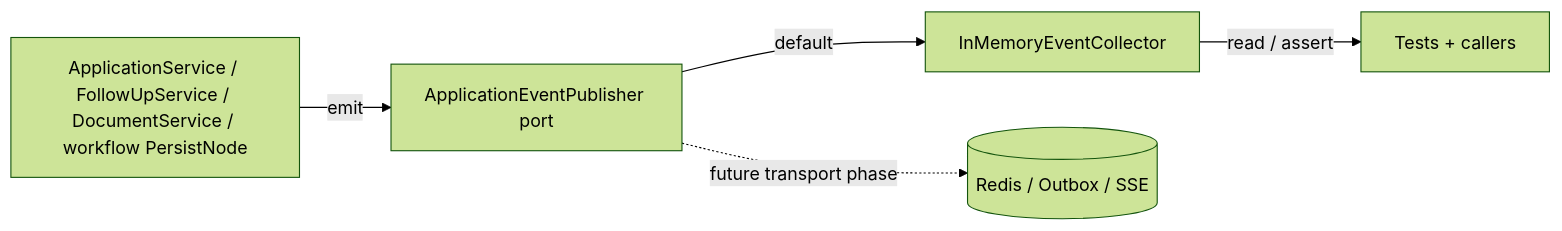
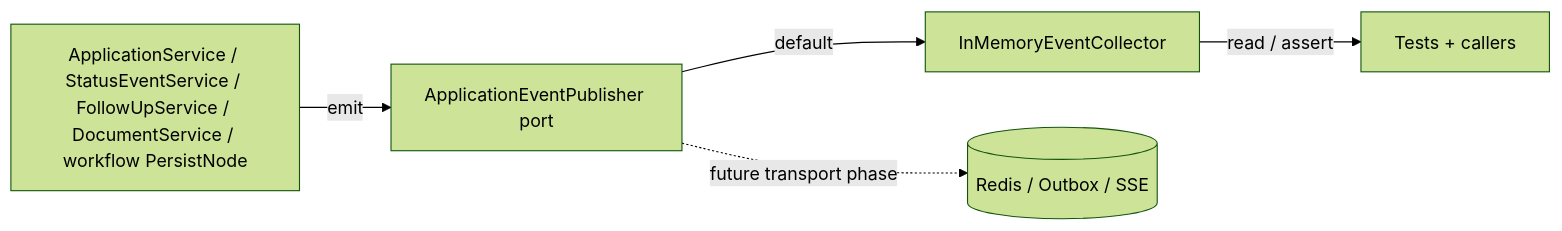
Before and after one commit to hassan-mohagheghian/career-os: the diagram in docs/domain/applications/events.md, drawn with Mermaid (forest theme). The commit also changed other lines of this file and 91 other files, not shown here.

First line of the commit message:
feat(applications): status timeline with mandatory seen node, placeholders + PDF export

````diff
--- a/docs/domain/applications/events.md
+++ b/docs/domain/applications/events.md
@@ -28,7 +28,7 @@
 ```mermaid
 flowchart LR
-    A[ApplicationService / FollowUpService / DocumentService / workflow PersistNode] -->|emit| P[ApplicationEventPublisher port]
+    A[ApplicationService / StatusEventService / FollowUpService / DocumentService / workflow PersistNode] -->|emit| P[ApplicationEventPublisher port]
     P -->|default| C[InMemoryEventCollector]
     C -->|read / assert| T[Tests + callers]
     P -.->|future transport phase| R[(Redis / Outbox / SSE)]
 ```
````
